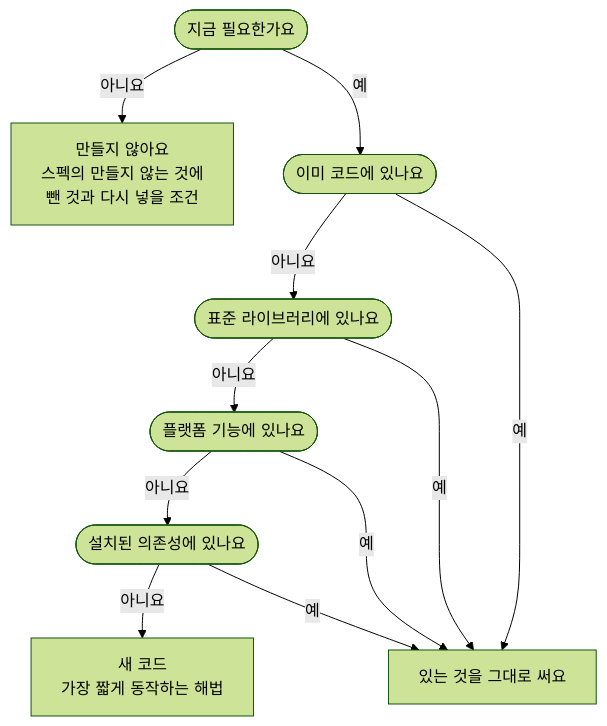
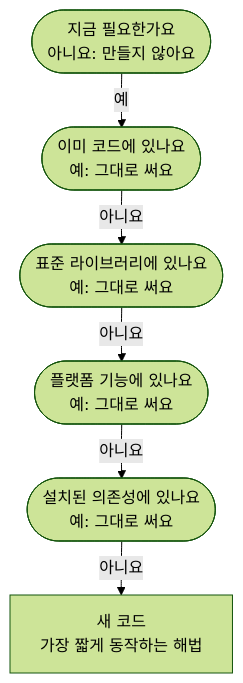
Before and after one commit to roadkwon-ai/pro-kit: the ninth of 12 diagrams in handbook/skills/brain-flow.md, drawn with Mermaid (forest theme). The commit also changed other lines of this file and 26 other files, not shown here.

````diff
--- a/handbook/skills/brain-flow.md
+++ b/handbook/skills/brain-flow.md
@@ -254,18 +267,14 @@
 ```mermaid
 ---
 config:
   flowchart:
-    wrappingWidth: 240
+    wrappingWidth: 190
+    rankSpacing: 30
 ---
 flowchart TB
-  Q0(["지금 필요한가요"]) -->|"아니요"| N0["만들지 않아요<br/>스펙의 만들지 않는 것에<br/>뺀 것과 다시 넣을 조건"]
-  Q0 -->|"예"| Q1(["이미 코드에 있나요"])
-  Q1 -->|"아니요"| Q2(["표준 라이브러리에 있나요"])
-  Q2 -->|"아니요"| Q3(["플랫폼 기능에 있나요"])
-  Q3 -->|"아니요"| Q4(["설치된 의존성에 있나요"])
+  Q0(["지금 필요한가요<br/>아니요: 만들지 않아요"]) -->|"예"| Q1(["이미 코드에 있나요<br/>예: 그대로 써요"])
+  Q1 -->|"아니요"| Q2(["표준 라이브러리에 있나요<br/>예: 그대로 써요"])
+  Q2 -->|"아니요"| Q3(["플랫폼 기능에 있나요<br/>예: 그대로 써요"])
+  Q3 -->|"아니요"| Q4(["설치된 의존성에 있나요<br/>예: 그대로 써요"])
   Q4 -->|"아니요"| NEW["새 코드<br/>가장 짧게 동작하는 해법"]
-  Q1 -->|"예"| USE["있는 것을 그대로 써요"]
-  Q2 -->|"예"| USE
-  Q3 -->|"예"| USE
-  Q4 -->|"예"| USE
 ```
````
